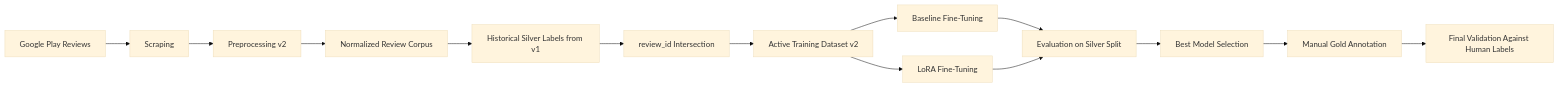
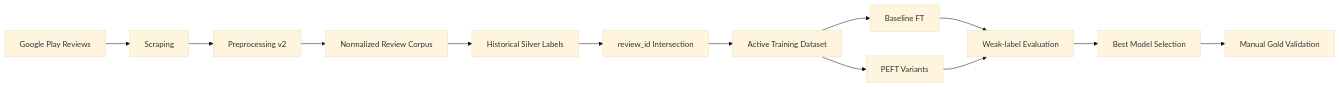
The diagram in README.md (alvin-agustio/absa-fintech-review), drawn with Mermaid (base theme) before and after one commit. The commit also changed other lines of this file and 56 other files, not shown here.

````diff
--- a/README.md
+++ b/README.md
@@ -62,16 +53,15 @@
 ```mermaid
 flowchart LR
-	A[Google Play Reviews] --> B[Scraping]
-	B --> C[Preprocessing v2]
-	C --> D[Normalized Review Corpus]
-	D --> E[Historical Silver Labels from v1]
-	E --> F[review_id Intersection]
-	F --> G[Active Training Dataset v2]
-	G --> H1[Baseline Fine-Tuning]
-	G --> H2[LoRA Fine-Tuning]
-	H1 --> I[Evaluation on Silver Split]
-	H2 --> I
-	I --> J[Best Model Selection]
-	J --> K[Manual Gold Annotation]
-	K --> L[Final Validation Against Human Labels]
+    A[Google Play Reviews] --> B[Scraping]
+    B --> C[Preprocessing v2]
+    C --> D[Normalized Review Corpus]
+    D --> E[Historical Silver Labels]
+    E --> F[review_id Intersection]
+    F --> G[Active Training Dataset]
+    G --> H1[Baseline FT]
+    G --> H2[PEFT Variants]
+    H1 --> I[Weak-label Evaluation]
+    H2 --> I
+    I --> J[Best Model Selection]
+    J --> K[Manual Gold Validation]
 ```
````
